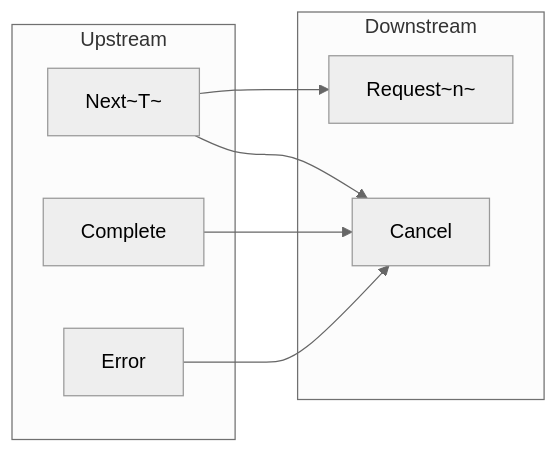
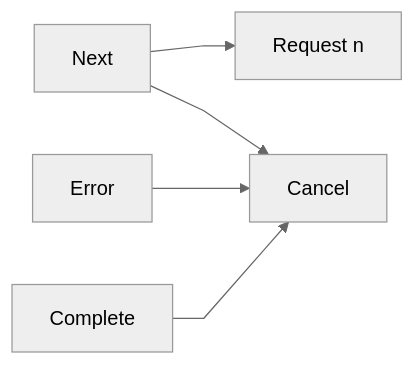
The second of 3 diagrams in README.md (OyabunAB/aelv), drawn with Mermaid (neutral theme) before and after one commit. The commit also changed other lines of this file, not shown here.

````diff
--- a/README.md
+++ b/README.md
@@ -54,16 +46,8 @@
 ```mermaid
+%%{init: {'flowchart': {'curve': 'linear'}}}%%
 flowchart LR
-    subgraph Upstream
-        N[Next~T~]
-        C[Complete]
-        E[Error]
-    end
-    subgraph Downstream
-        R[Request~n~]
-        X[Cancel]
-    end
-    N --> R
-    C --> X
-    E --> X
+    N[Next] --> R[Request n]
+    C[Complete] --> X[Cancel]
+    E[Error] --> X
     N --> X
 ```
````
